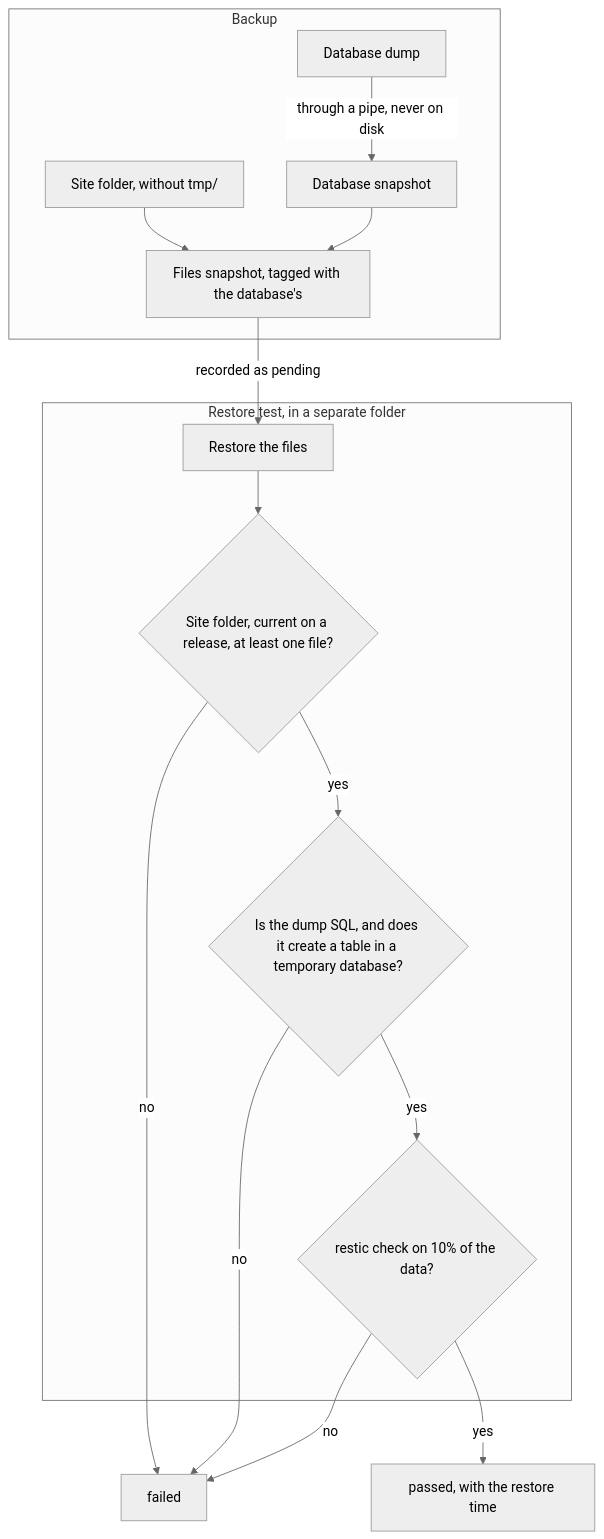
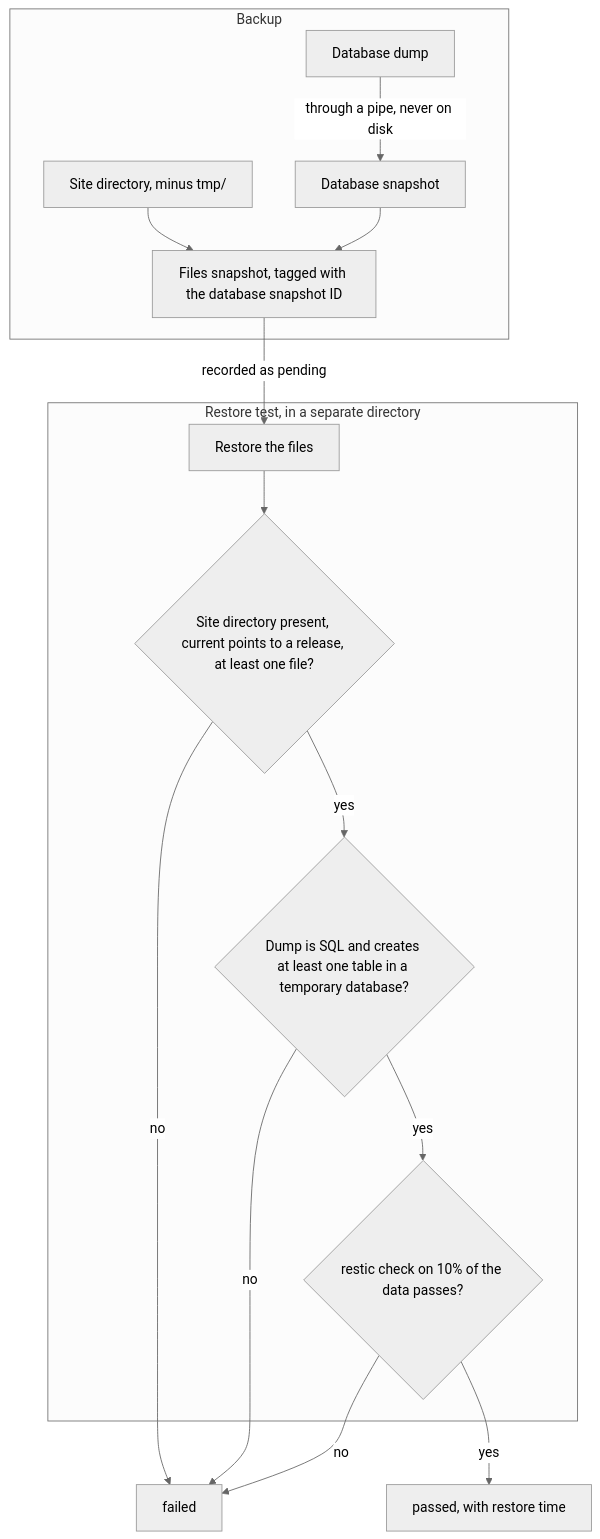
The diagram in i18n/en/docusaurus-plugin-content-docs/current/explanation/backups-and-restore-tests.mdx (cloudground-it/cloudground-docs), drawn with Mermaid (neutral theme) before and after one commit. The commit also changed other lines of this file and 21 other files, not shown here.

````diff
--- a/i18n/en/docusaurus-plugin-content-docs/current/explanation/backups-and-restore-tests.mdx
+++ b/i18n/en/docusaurus-plugin-content-docs/current/explanation/backups-and-restore-tests.mdx
@@ -34,18 +33,18 @@
 ```mermaid
 flowchart TD
   subgraph backup["Backup"]
     D["Database dump"] -->|"through a pipe, never on disk"| DS["Database snapshot"]
-    F["Site folder, without tmp/"] --> FS["Files snapshot, tagged with the database's"]
+    F["Site directory, minus tmp/"] --> FS["Files snapshot, tagged with the database snapshot ID"]
     DS --> FS
   end
   FS -->|"recorded as pending"| T
-  subgraph test["Restore test, in a separate folder"]
-    T["Restore the files"] --> C1{"Site folder, current on a release, at least one file?"}
-    C1 -->|"yes"| C2{"Is the dump SQL, and does it create a table in a temporary database?"}
-    C2 -->|"yes"| C3{"restic check on 10% of the data?"}
+  subgraph test["Restore test, in a separate directory"]
+    T["Restore the files"] --> C1{"Site directory present, current points to a release, at least one file?"}
+    C1 -->|"yes"| C2{"Dump is SQL and creates at least one table in a temporary database?"}
+    C2 -->|"yes"| C3{"restic check on 10% of the data passes?"}
   end
   C1 -->|"no"| KO["failed"]
   C2 -->|"no"| KO
   C3 -->|"no"| KO
-  C3 -->|"yes"| OK["passed, with the restore time"]
+  C3 -->|"yes"| OK["passed, with restore time"]
 ```
````
